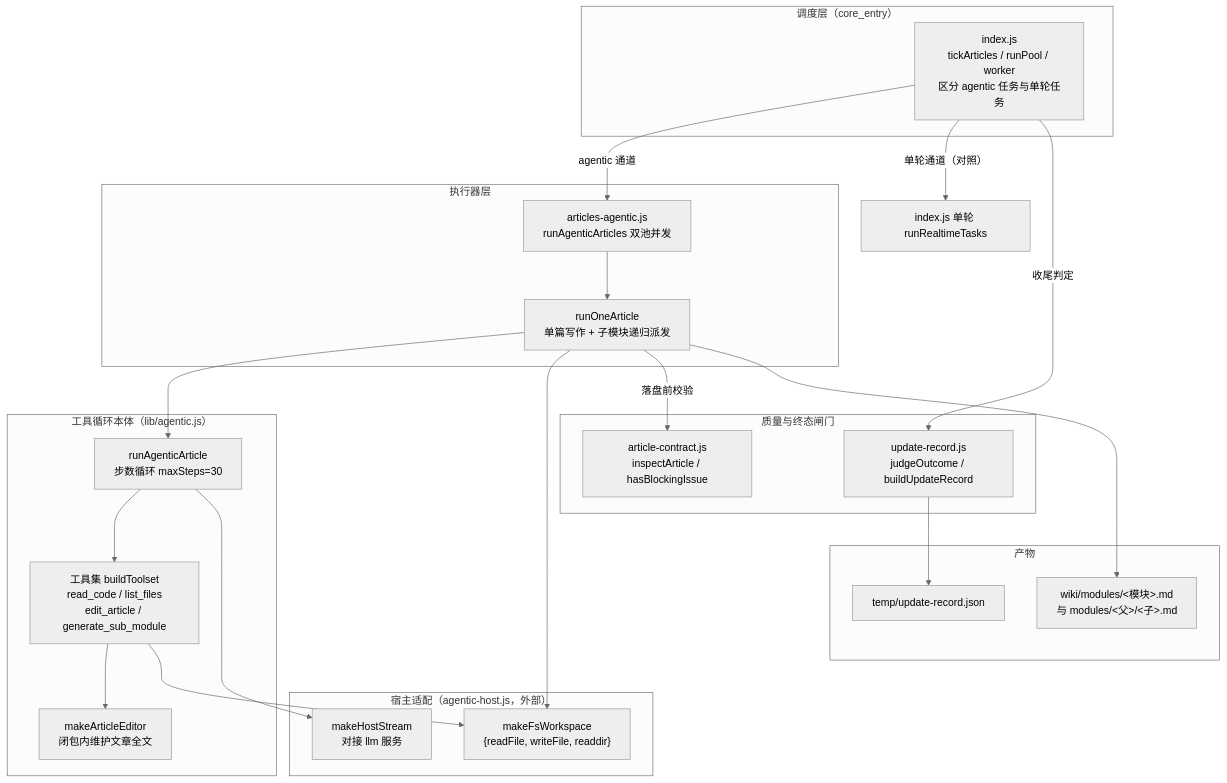
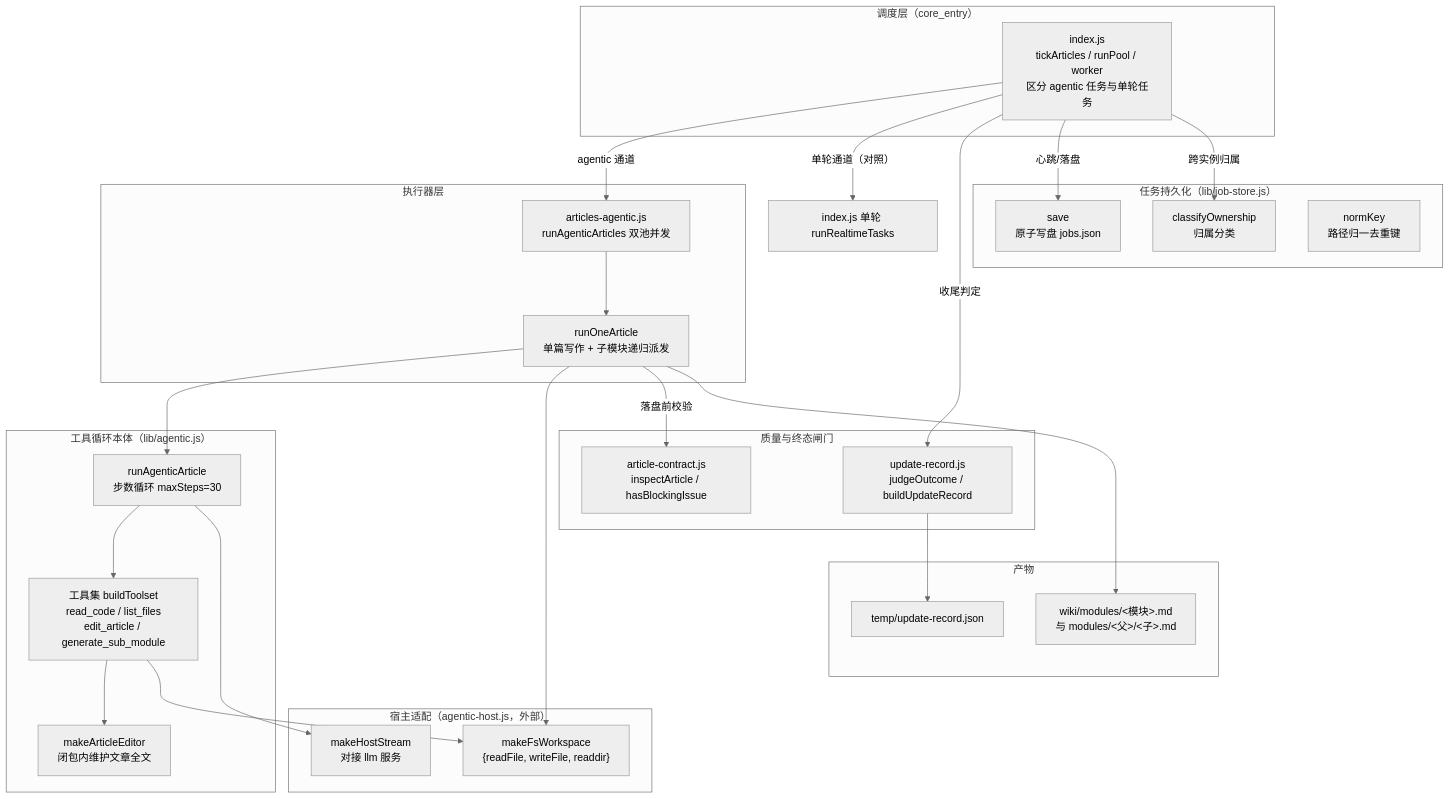
Before and after one commit to ikliml666/dsh-codewiki: the first of 2 diagrams in .codewiki/_native-state/docs/agentic_support.md, drawn with Mermaid (neutral theme). The commit also changed other lines of this file and 28 other files, not shown here.

````diff
--- a/.codewiki/_native-state/docs/agentic_support.md
+++ b/.codewiki/_native-state/docs/agentic_support.md
@@ -20,46 +21,55 @@
 ```mermaid
 flowchart TD
     subgraph 调度层["调度层（core_entry）"]
         INDEX["index.js<br/>tickArticles / runPool / worker<br/>区分 agentic 任务与单轮任务"]
     end
 
     subgraph 执行器["执行器层"]
         RA["articles-agentic.js<br/>runAgenticArticles 双池并发"]
         RO["runOneArticle<br/>单篇写作 + 子模块递归派发"]
     end
 
     subgraph 循环["工具循环本体（lib/agentic.js）"]
         LOOP["runAgenticArticle<br/>步数循环 maxSteps=30"]
         TOOLS["工具集 buildToolset<br/>read_code / list_files<br/>edit_article / generate_sub_module"]
         EDIT["makeArticleEditor<br/>闭包内维护文章全文"]
     end
 
     subgraph 宿主["宿主适配（agentic-host.js，外部）"]
         STREAM["makeHostStream<br/>对接 llm 服务"]
         WS["makeFsWorkspace<br/>{readFile, writeFile, readdir}"]
     end
 
     subgraph 闸门["质量与终态闸门"]
         AC["article-contract.js<br/>inspectArticle / hasBlockingIssue"]
         UR["update-record.js<br/>judgeOutcome / buildUpdateRecord"]
     end
 
+    subgraph 持久化["任务持久化（lib/job-store.js）"]
+        JS["save<br/>原子写盘 jobs.json"]
+        OWN["classifyOwnership<br/>归属分类"]
+        KEY["normKey<br/>路径归一去重键"]
+    end
+
+
     subgraph 产物["产物"]
         ART["wiki/modules/<模块>.md<br/>与 modules/<父>/<子>.md"]
         REC["temp/update-record.json"]
     end
 
     INDEX -->|"agentic 通道"| RA
     INDEX -->|"单轮通道（对照）"| SINGLE["index.js 单轮 runRealtimeTasks"]
     RA --> RO
     RO --> LOOP
     RO --> WS
     LOOP --> TOOLS
     TOOLS --> EDIT
     TOOLS --> WS
     LOOP --> STREAM
     RO -->|"落盘前校验"| AC
     INDEX -->|"收尾判定"| UR
+    INDEX -->|"心跳/落盘"| JS
+    INDEX -->|"跨实例归属"| OWN
     RO --> ART
     UR --> REC
 ```
````
